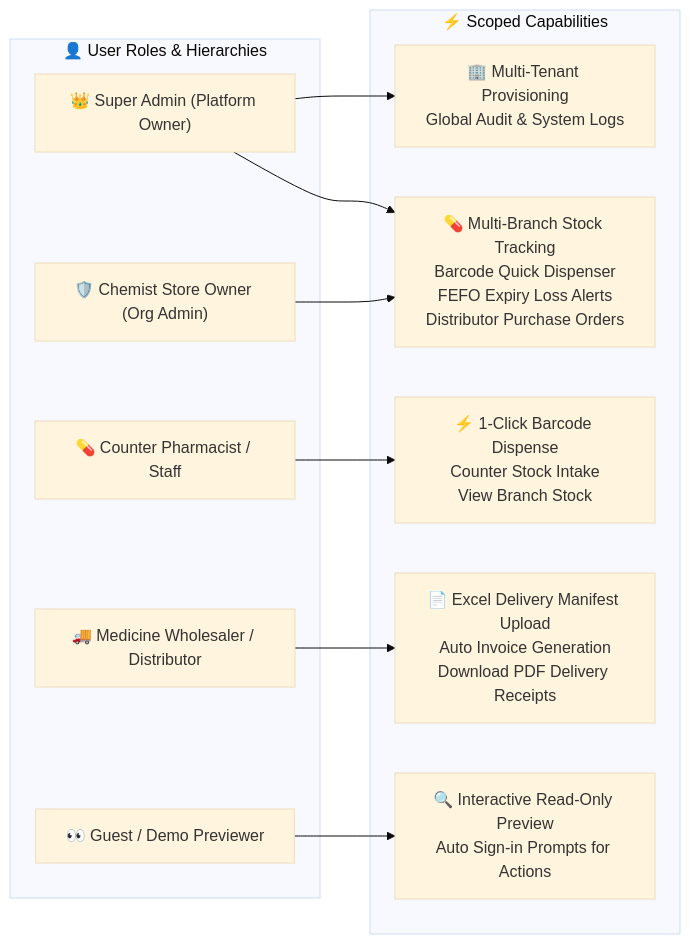
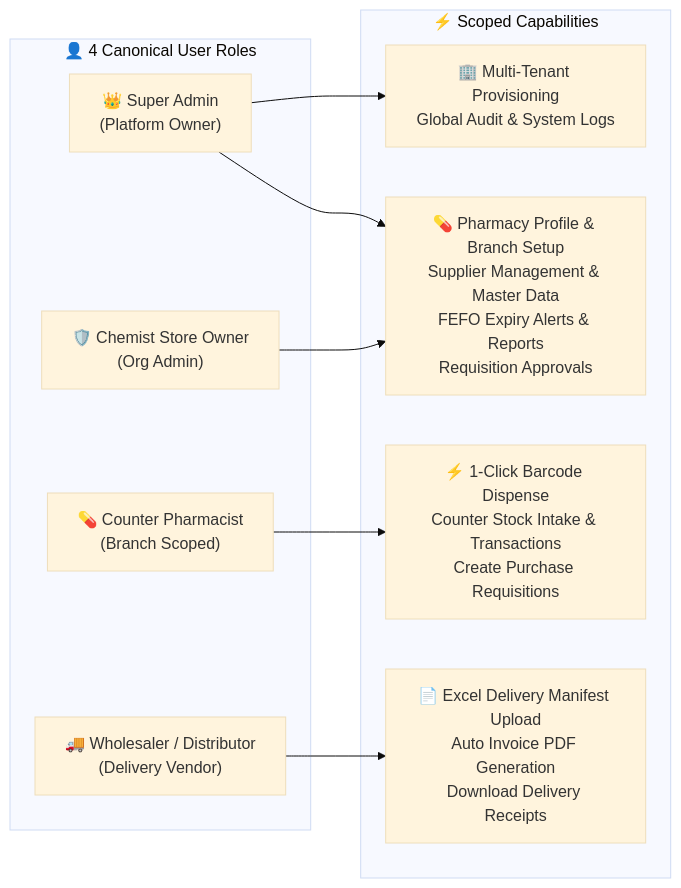
The fourth of 4 diagrams in README.md (Rohitdas07x/inVIQ), drawn with Mermaid (base theme) before and after one commit. The commit also changed other lines of this file and 3 other files, not shown here.

````diff
--- a/README.md
+++ b/README.md
@@ -281,25 +308,22 @@
 ```mermaid
 graph LR
-    subgraph Roles["👤 User Roles & Hierarchies"]
-        SuperAdmin["👑 Super Admin (Platform Owner)"]
-        Admin["🛡️ Chemist Store Owner (Org Admin)"]
-        Staff["💊 Counter Pharmacist / Staff"]
-        Vendor["🚚 Medicine Wholesaler / Distributor"]
-        Guest["👀 Guest / Demo Previewer"]
+    subgraph Roles["👤 4 Canonical User Roles"]
+        SuperAdmin["👑 Super Admin<br/>(Platform Owner)"]
+        Admin["🛡️ Chemist Store Owner<br/>(Org Admin)"]
+        Staff["💊 Counter Pharmacist<br/>(Branch Scoped)"]
+        Vendor["🚚 Wholesaler / Distributor<br/>(Delivery Vendor)"]
     end
 
     subgraph Capabilities["⚡ Scoped Capabilities"]
         PlatformOps["🏢 Multi-Tenant Provisioning<br/>Global Audit & System Logs"]
-        StoreMgmt["💊 Multi-Branch Stock Tracking<br/>Barcode Quick Dispenser<br/>FEFO Expiry Loss Alerts<br/>Distributor Purchase Orders"]
-        StaffOps["⚡ 1-Click Barcode Dispense<br/>Counter Stock Intake<br/>View Branch Stock"]
-        VendorOps["📄 Excel Delivery Manifest Upload<br/>Auto Invoice Generation<br/>Download PDF Delivery Receipts"]
-        DemoMode["🔍 Interactive Read-Only Preview<br/>Auto Sign-in Prompts for Actions"]
+        StoreMgmt["💊 Pharmacy Profile & Branch Setup<br/>Supplier Management & Master Data<br/>FEFO Expiry Alerts & Reports<br/>Requisition Approvals"]
+        StaffOps["⚡ 1-Click Barcode Dispense<br/>Counter Stock Intake & Transactions<br/>Create Purchase Requisitions"]
+        VendorOps["📄 Excel Delivery Manifest Upload<br/>Auto Invoice PDF Generation<br/>Download Delivery Receipts"]
     end
 
     SuperAdmin --> PlatformOps
     SuperAdmin --> StoreMgmt
     Admin --> StoreMgmt
     Staff --> StaffOps
     Vendor --> VendorOps
-    Guest --> DemoMode
 ```
````
